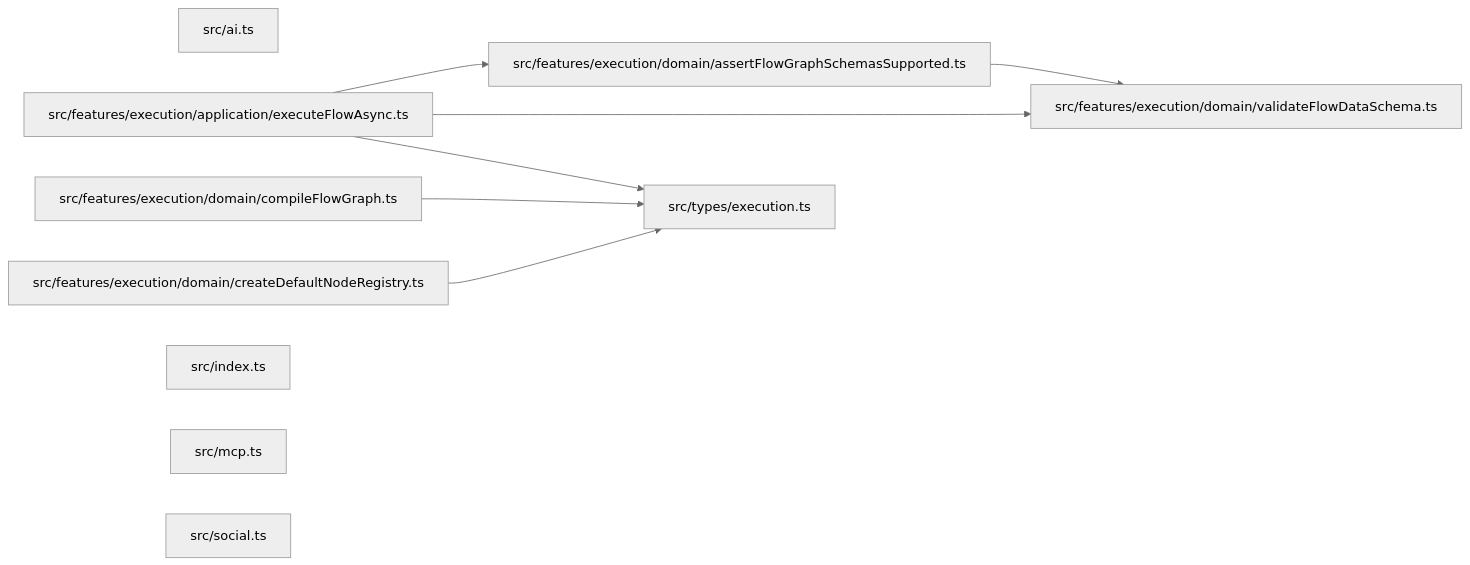
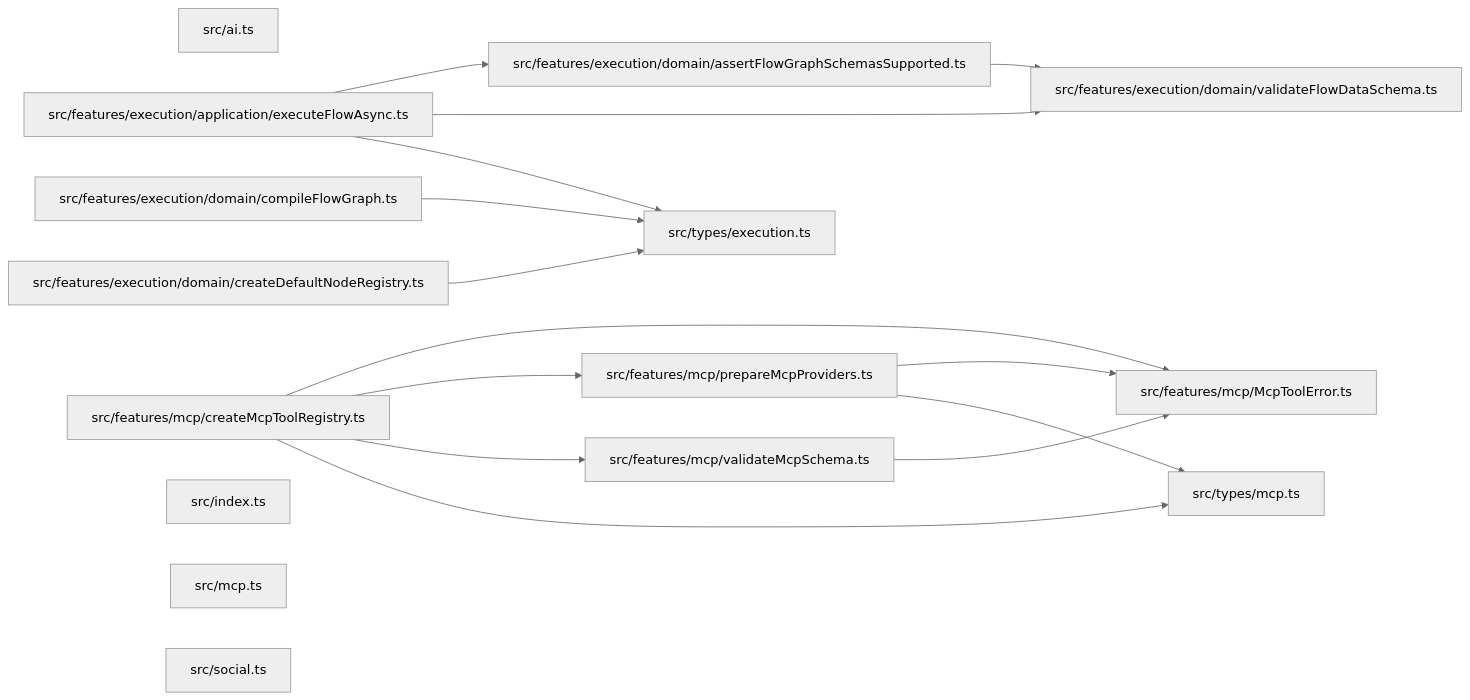
Before and after one commit to ankhorage/flow: the diagram in paradox/diagrams/module-relationships.mmd, drawn with Mermaid (neutral theme). The commit also changed 9 other files, not shown here.

```diff
--- a/paradox/diagrams/module-relationships.mmd
+++ b/paradox/diagrams/module-relationships.mmd
@@ -1,17 +1,29 @@
 graph LR
   module_src_ai_ts["src/ai.ts"]
   module_src_features_execution_application_executeFlowAsync_ts["src/features/execution/application/executeFlowAsync.ts"]
   module_src_features_execution_domain_assertFlowGraphSchemasSupported_ts["src/features/execution/domain/assertFlowGraphSchemasSupported.ts"]
   module_src_features_execution_domain_compileFlowGraph_ts["src/features/execution/domain/compileFlowGraph.ts"]
   module_src_features_execution_domain_createDefaultNodeRegistry_ts["src/features/execution/domain/createDefaultNodeRegistry.ts"]
   module_src_features_execution_domain_validateFlowDataSchema_ts["src/features/execution/domain/validateFlowDataSchema.ts"]
+  module_src_features_mcp_createMcpToolRegistry_ts["src/features/mcp/createMcpToolRegistry.ts"]
+  module_src_features_mcp_McpToolError_ts["src/features/mcp/McpToolError.ts"]
+  module_src_features_mcp_prepareMcpProviders_ts["src/features/mcp/prepareMcpProviders.ts"]
+  module_src_features_mcp_validateMcpSchema_ts["src/features/mcp/validateMcpSchema.ts"]
   module_src_index_ts["src/index.ts"]
   module_src_mcp_ts["src/mcp.ts"]
   module_src_social_ts["src/social.ts"]
   module_src_types_execution_ts["src/types/execution.ts"]
+  module_src_types_mcp_ts["src/types/mcp.ts"]
   module_src_features_execution_application_executeFlowAsync_ts --> module_src_features_execution_domain_assertFlowGraphSchemasSupported_ts
   module_src_features_execution_application_executeFlowAsync_ts --> module_src_features_execution_domain_validateFlowDataSchema_ts
   module_src_features_execution_application_executeFlowAsync_ts --> module_src_types_execution_ts
   module_src_features_execution_domain_assertFlowGraphSchemasSupported_ts --> module_src_features_execution_domain_validateFlowDataSchema_ts
   module_src_features_execution_domain_compileFlowGraph_ts --> module_src_types_execution_ts
   module_src_features_execution_domain_createDefaultNodeRegistry_ts --> module_src_types_execution_ts
+  module_src_features_mcp_createMcpToolRegistry_ts --> module_src_features_mcp_McpToolError_ts
+  module_src_features_mcp_createMcpToolRegistry_ts --> module_src_features_mcp_prepareMcpProviders_ts
+  module_src_features_mcp_createMcpToolRegistry_ts --> module_src_features_mcp_validateMcpSchema_ts
+  module_src_features_mcp_createMcpToolRegistry_ts --> module_src_types_mcp_ts
+  module_src_features_mcp_prepareMcpProviders_ts --> module_src_features_mcp_McpToolError_ts
+  module_src_features_mcp_prepareMcpProviders_ts --> module_src_types_mcp_ts
+  module_src_features_mcp_validateMcpSchema_ts --> module_src_features_mcp_McpToolError_ts
```
